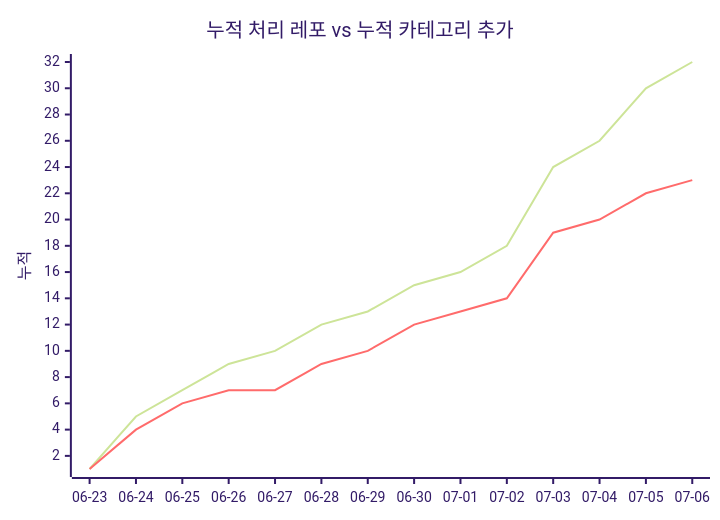
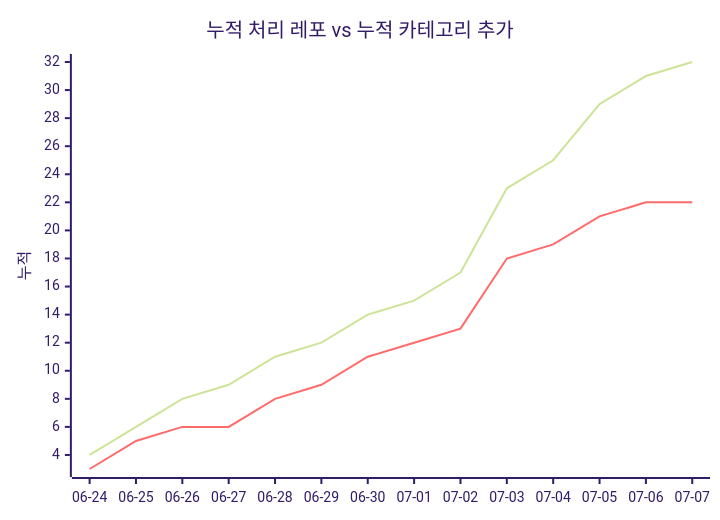
One commit to J-nowcow/awesome-korean-agent-skills changed the second of 2 diagrams in docs/trends.md. Above: the diagram before and after it, drawn with Mermaid (forest theme). The commit also changed other lines of this file and 2 other files, not shown here.

````diff
--- a/docs/trends.md
+++ b/docs/trends.md
@@ -68,8 +68,8 @@
 ```mermaid
 xychart-beta
     title "누적 처리 레포 vs 누적 카테고리 추가"
-    x-axis ["06-23","06-24","06-25","06-26","06-27","06-28","06-29","06-30","07-01","07-02","07-03","07-04","07-05","07-06"]
+    x-axis ["06-24","06-25","06-26","06-27","06-28","06-29","06-30","07-01","07-02","07-03","07-04","07-05","07-06","07-07"]
     y-axis "누적"
-    line [1,5,7,9,10,12,13,15,16,18,24,26,30,32]
-    line [1,4,6,7,7,9,10,12,13,14,19,20,22,23]
+    line [4,6,8,9,11,12,14,15,17,23,25,29,31,32]
+    line [3,5,6,6,8,9,11,12,13,18,19,21,22,22]
 ```
````
